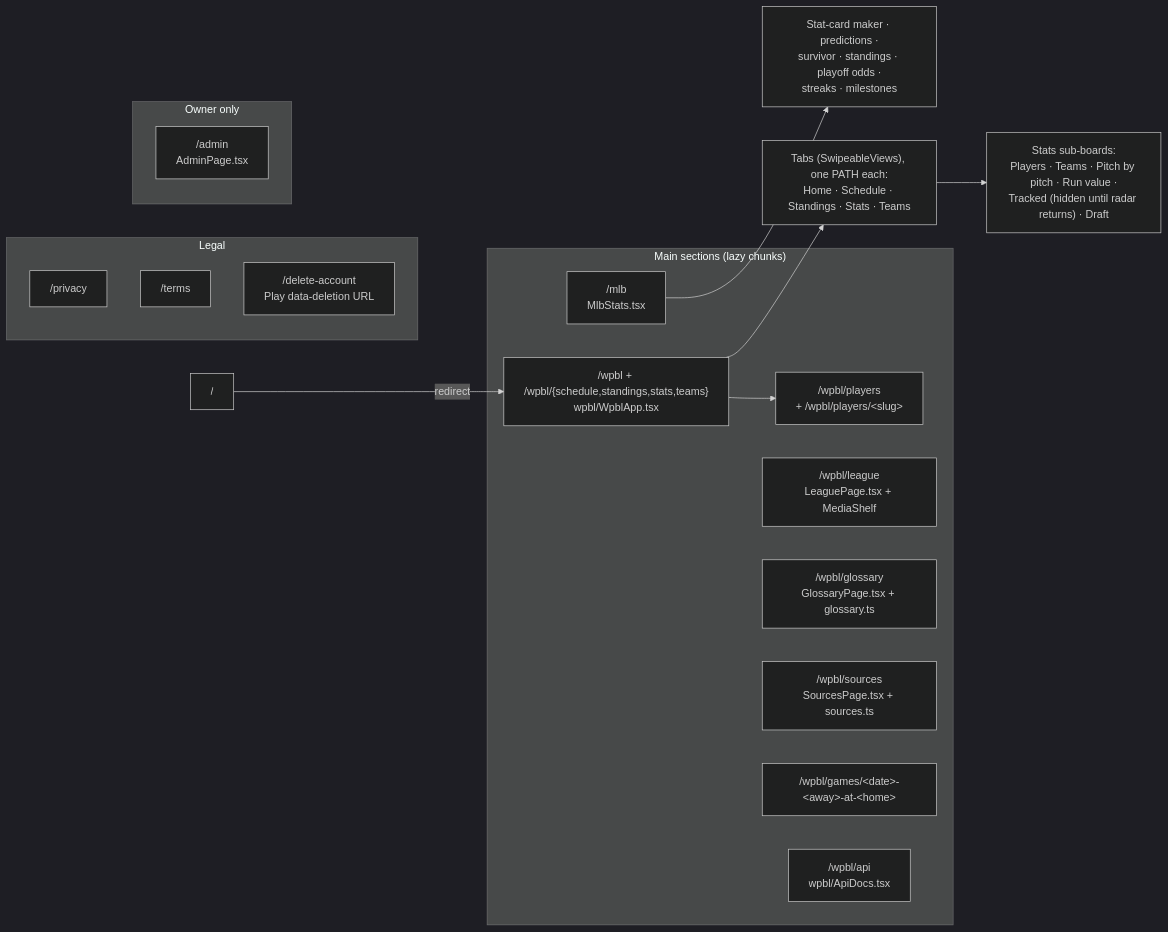
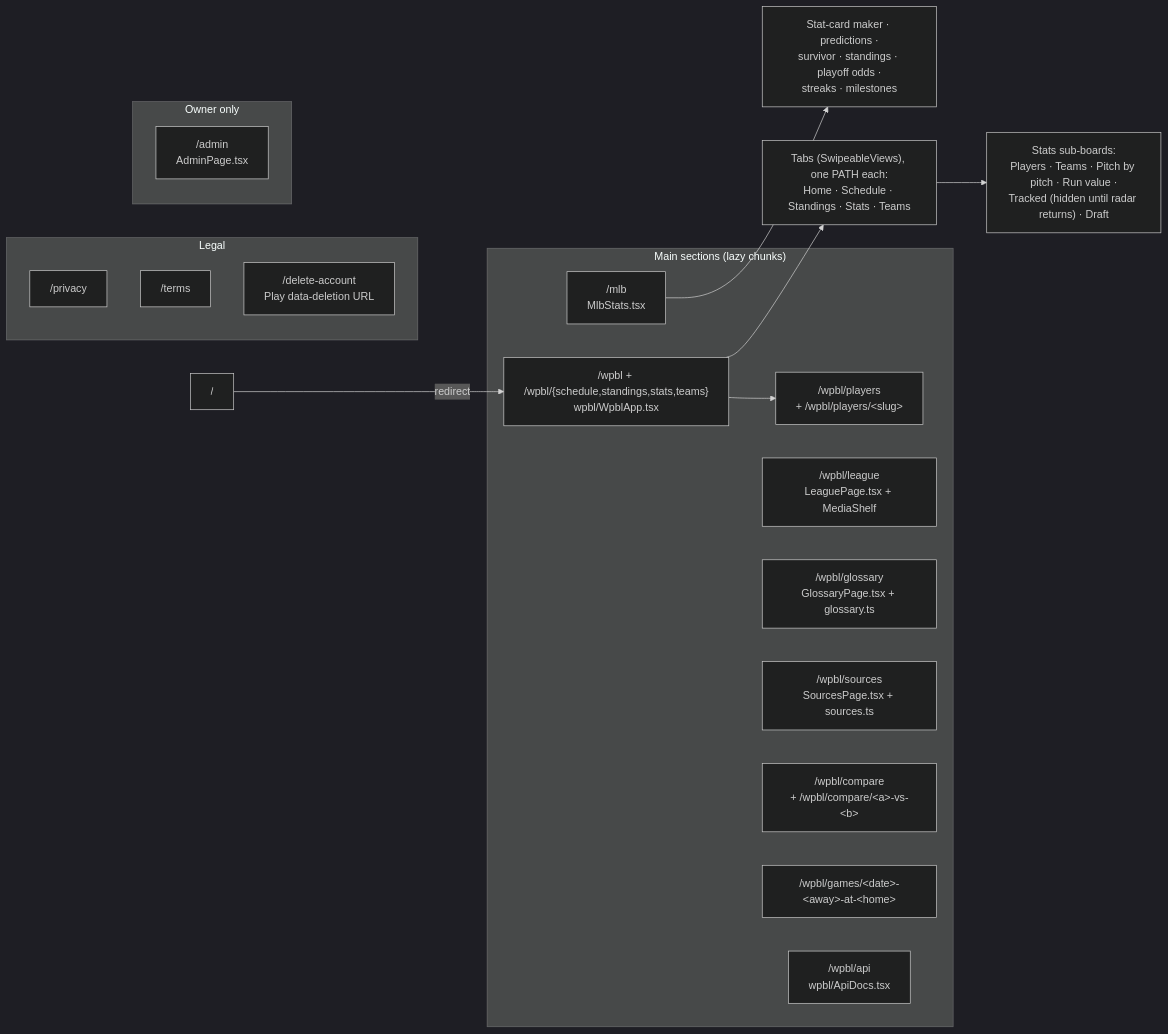
One commit to sportydolphin/fun changed the second of 5 diagrams in ARCHITECTURE.md. Above: the diagram before and after it, drawn with Mermaid (dark theme). The commit also changed other lines of this file and 23 other files, not shown here.

First line of the commit message:
WPBL: compare any two players, and polish the standings and brand nav

````diff
--- a/ARCHITECTURE.md
+++ b/ARCHITECTURE.md
@@ -98,29 +98,30 @@
 ```mermaid
 flowchart LR
     subgraph Main["Main sections (lazy chunks)"]
         mlb["/mlb<br/>MlbStats.tsx"]
         wpbl["/wpbl + /wpbl/{schedule,standings,stats,teams}<br/>wpbl/WpblApp.tsx"]
         wplayers["/wpbl/players<br/>+ /wpbl/players/&lt;slug&gt;"]
         wleague["/wpbl/league<br/>LeaguePage.tsx + MediaShelf"]
         wgloss["/wpbl/glossary<br/>GlossaryPage.tsx + glossary.ts"]
         wsrc["/wpbl/sources<br/>SourcesPage.tsx + sources.ts"]
+        wcmp["/wpbl/compare<br/>+ /wpbl/compare/&lt;a&gt;-vs-&lt;b&gt;"]
         wgames["/wpbl/games/&lt;date&gt;-&lt;away&gt;-at-&lt;home&gt;"]
         api["/wpbl/api<br/>wpbl/ApiDocs.tsx"]
     end
 
     subgraph Legal["Legal"]
         priv["/privacy"]
         terms["/terms"]
         del["/delete-account<br/>Play data-deletion URL"]
     end
 
     subgraph Owner["Owner only"]
         adm["/admin<br/>AdminPage.tsx"]
     end
 
     root["/"] -->|redirect| wpbl
     wpbl --> wtabs["Tabs (SwipeableViews), one PATH each:<br/>Home · Schedule · Standings · Stats · Teams"]
     wtabs --> wstats["Stats sub-boards:<br/>Players · Teams · Pitch by pitch · Run value ·<br/>Tracked (hidden until radar returns) · Draft"]
     wpbl --> wplayers
     mlb --> mtabs["Stat-card maker · predictions ·<br/>survivor · standings · playoff odds ·<br/>streaks · milestones"]
 ```
````
